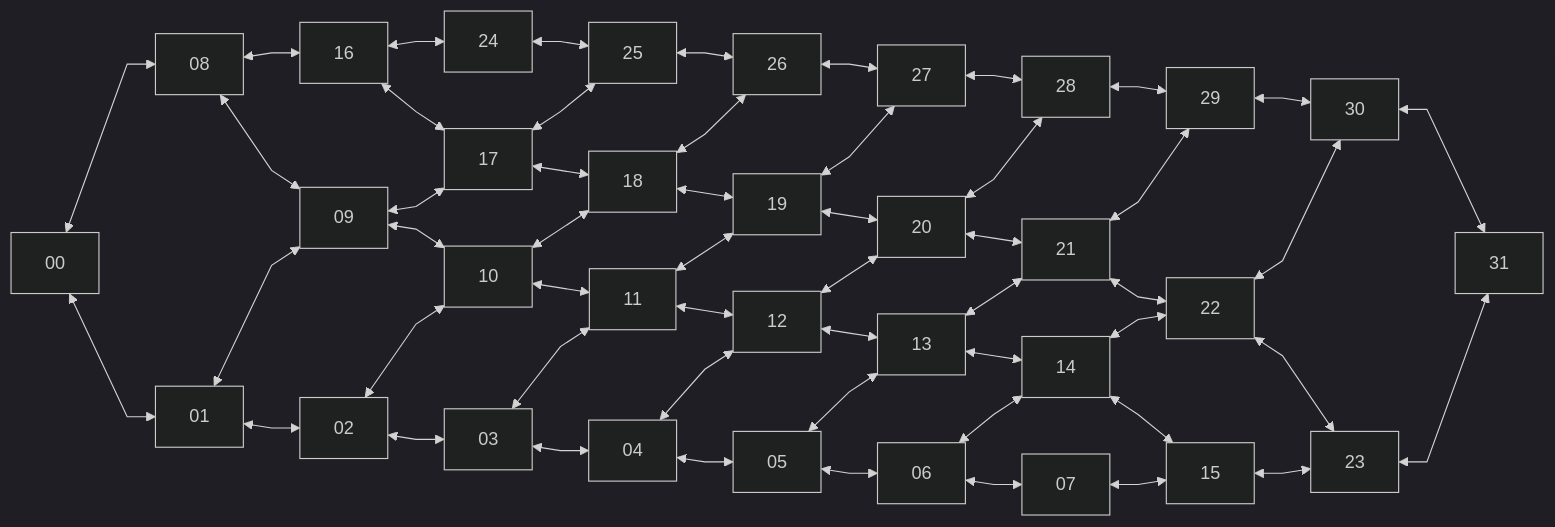
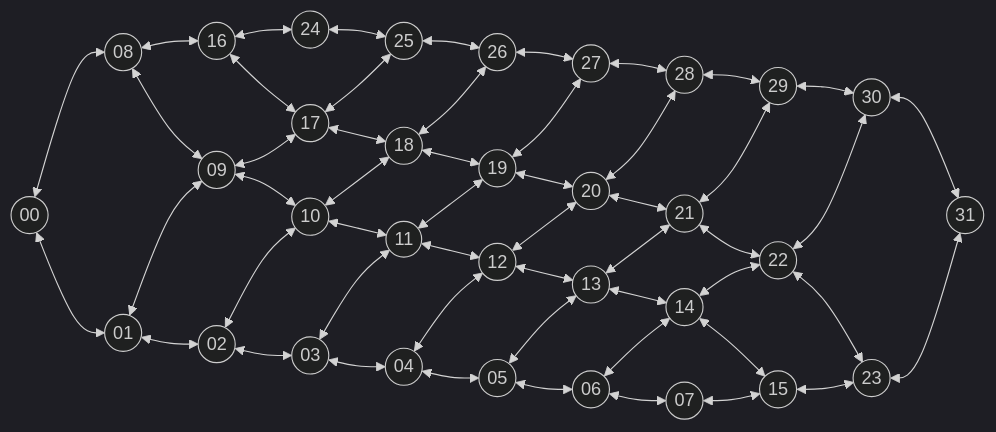
One commit to H2WO4/project_m101 changed the diagram in README.md. Above: the diagram before and after it, drawn with Mermaid (dark theme).

Commit message:
Change node shape

````diff
--- a/README.md
+++ b/README.md
@@ -9,42 +9,42 @@
 ```mermaid
 ---
 config:
-  flowchart:
+  graph:
     curve: linear
 ---
-flowchart LR
-  00
-  01
-  02
-  03
-  04
-  05
-  06
-  07
-  08
-  09
-  10
-  11
-  12
-  13
-  14
-  15
-  16
-  17
-  18
-  19
-  20
-  21
-  22
-  23
-  24
-  25
-  26
-  27
-  28
-  29
-  30
-  31
+graph LR
+  00((00))
+  01((01))
+  02((02))
+  03((03))
+  04((04))
+  05((05))
+  06((06))
+  07((07))
+  08((08))
+  09((09))
+  10((10))
+  11((11))
+  12((12))
+  13((13))
+  14((14))
+  15((15))
+  16((16))
+  17((17))
+  18((18))
+  19((19))
+  20((20))
+  21((21))
+  22((22))
+  23((23))
+  24((24))
+  25((25))
+  26((26))
+  27((27))
+  28((28))
+  29((29))
+  30((30))
+  31((31))
 
   %% Horizontal
   00 <--> 01
````
